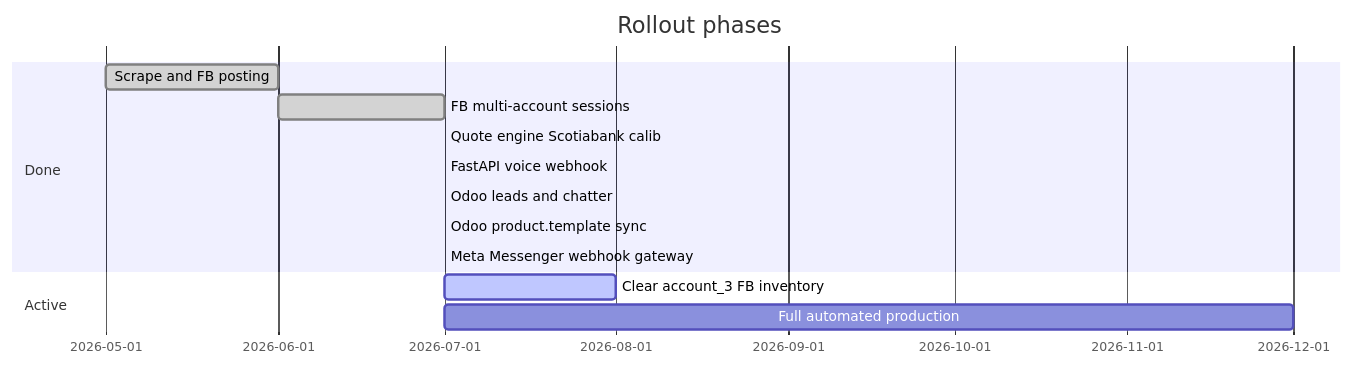
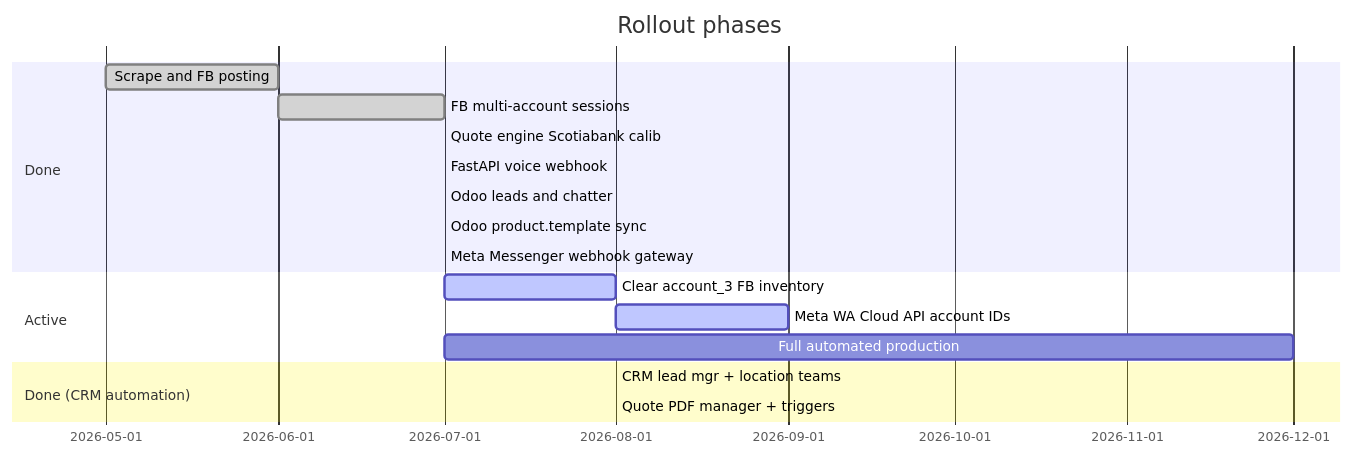
Before and after one commit to mg22mex/auto-upload: the second of 2 diagrams in README.md, drawn with Mermaid. The commit also changed other lines of this file and 32 other files, not shown here.

````diff
--- a/README.md
+++ b/README.md
@@ -177,16 +199,20 @@
 ```mermaid
 gantt
     title Rollout phases
     dateFormat YYYY-MM
     section Done
         Scrape and FB posting             :done, p0, 2026-05, 2026-06
         FB multi-account sessions         :done, p1, 2026-06, 2026-07
         Quote engine Scotiabank calib     :done, p2a, 2026-07, 2026-07
         FastAPI voice webhook             :done, p2b, 2026-07, 2026-07
         Odoo leads and chatter            :done, p2c, 2026-07, 2026-07
         Odoo product.template sync        :done, p2d, 2026-07, 2026-07
         Meta Messenger webhook gateway    :done, p2e, 2026-07, 2026-07
     section Active
         Clear account_3 FB inventory      :active, p3a, 2026-07, 2026-08
+        Meta WA Cloud API account IDs     :active, p3wa, 2026-08, 2026-09
         Full automated production         :p3b, 2026-07, 2026-12
+    section Done (CRM automation)
+        CRM lead mgr + location teams     :done, p2f, 2026-08, 2026-08
+        Quote PDF manager + triggers      :done, p2g, 2026-08, 2026-08
 ```
````
